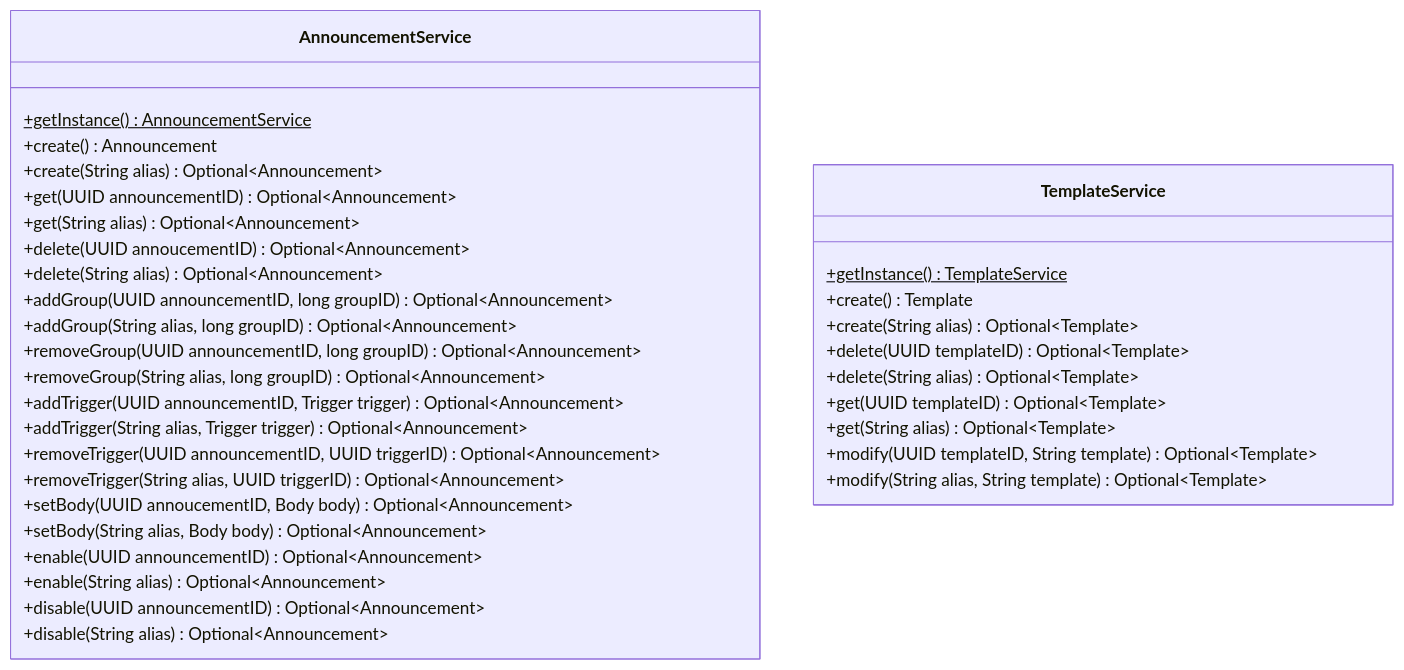
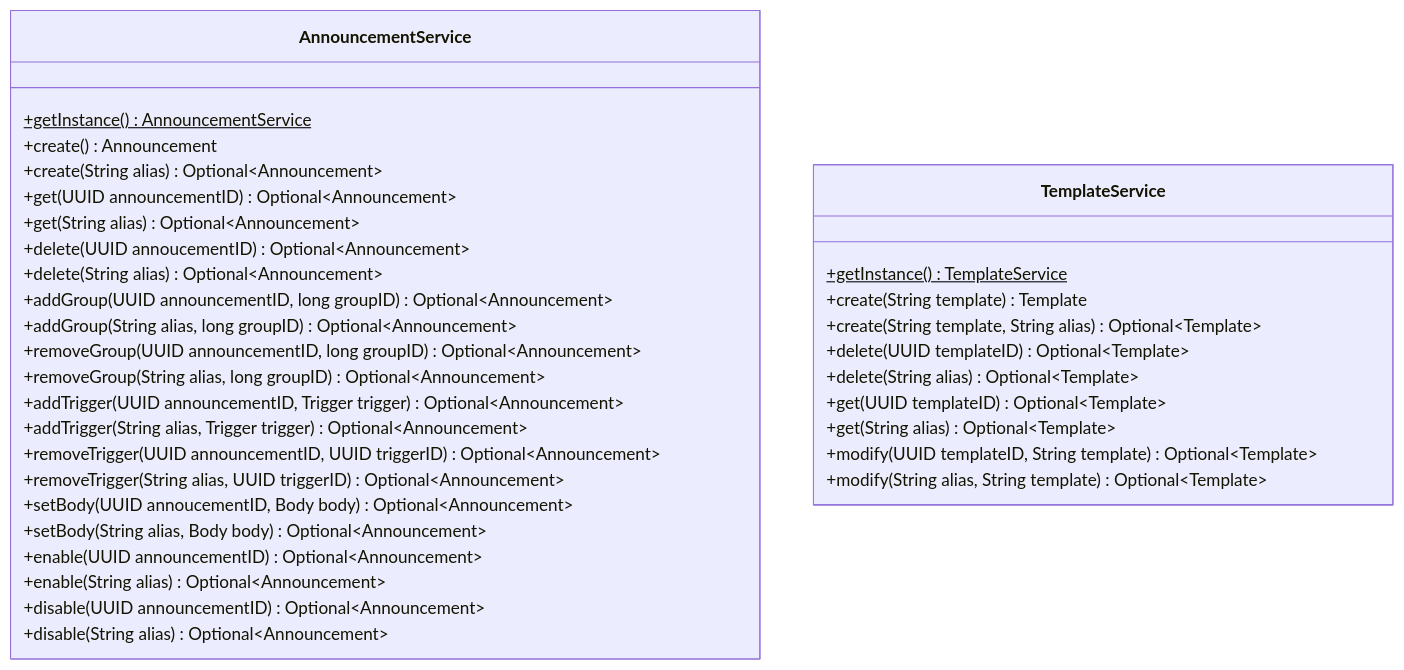
Before and after one commit to nanoyou/MaidNana: the third of 3 diagrams in docs/class-diagram.md, drawn with Mermaid.

Commit message:
docs: 修改创建模板参数

````diff
--- a/docs/class-diagram.md
+++ b/docs/class-diagram.md
@@ -68,39 +68,39 @@
 ```mermaid
 classDiagram
 class AnnouncementService {
     +getInstance()$ AnnouncementService
     
     +create() Announcement
     +create(String alias) Optional~Announcement~
     +get(UUID announcementID) Optional~Announcement~
     +get(String alias) Optional~Announcement~
     +delete(UUID annoucementID) Optional~Announcement~
     +delete(String alias) Optional~Announcement~
     +addGroup(UUID announcementID, long groupID) Optional~Announcement~
     +addGroup(String alias, long groupID) Optional~Announcement~
     +removeGroup(UUID announcementID, long groupID) Optional~Announcement~
     +removeGroup(String alias, long groupID) Optional~Announcement~
     +addTrigger(UUID announcementID, Trigger trigger) Optional~Announcement~
     +addTrigger(String alias, Trigger trigger) Optional~Announcement~
     +removeTrigger(UUID announcementID, UUID triggerID) Optional~Announcement~
     +removeTrigger(String alias, UUID triggerID) Optional~Announcement~
     +setBody(UUID annoucementID, Body body) Optional~Announcement~
     +setBody(String alias, Body body) Optional~Announcement~
     +enable(UUID announcementID) Optional~Announcement~
     +enable(String alias) Optional~Announcement~
     +disable(UUID announcementID) Optional~Announcement~
     +disable(String alias) Optional~Announcement~
 }
 class TemplateService {
     +getInstance()$ TemplateService
     
-    +create() Template
-    +create(String alias) Optional~Template~
+    +create(String template) Template
+    +create(String template, String alias) Optional~Template~
     +delete(UUID templateID) Optional~Template~
     +delete(String alias) Optional~Template~
     +get(UUID templateID) Optional~Template~
     +get(String alias) Optional~Template~
     +modify(UUID templateID, String template) Optional~Template~
     +modify(String alias, String template) Optional~Template~
 }
 ```
````
